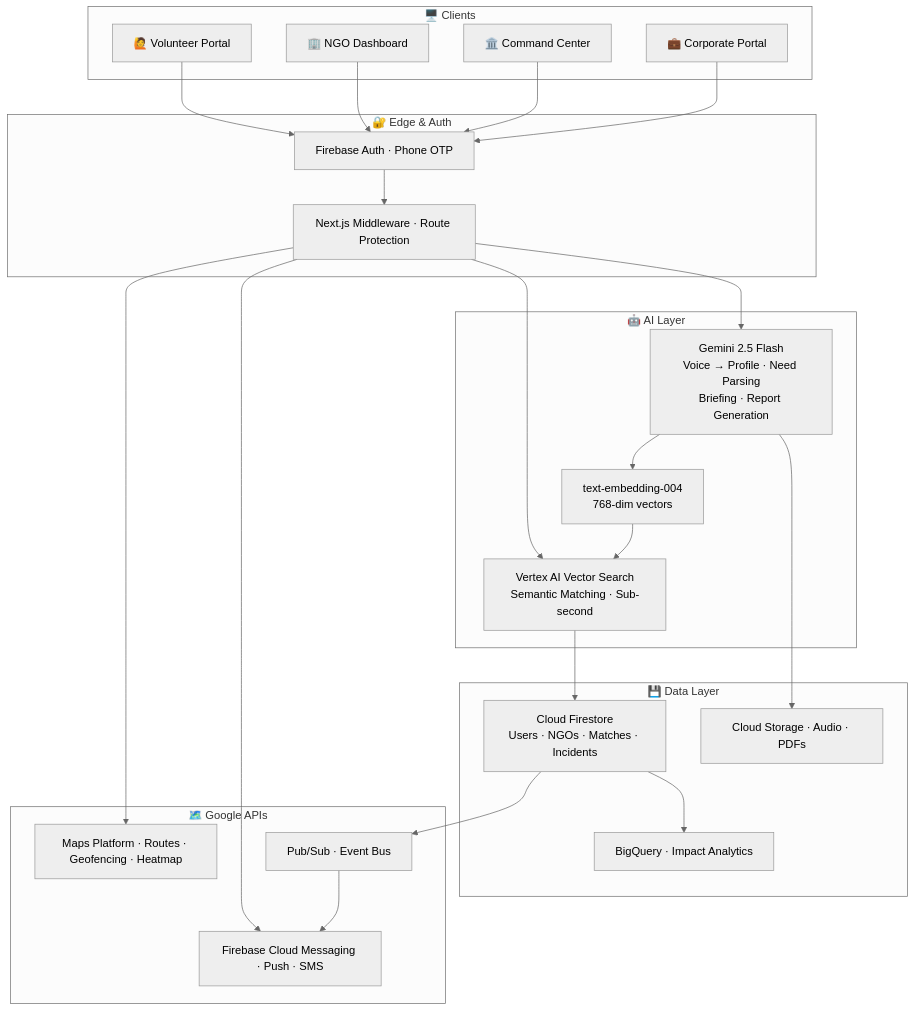
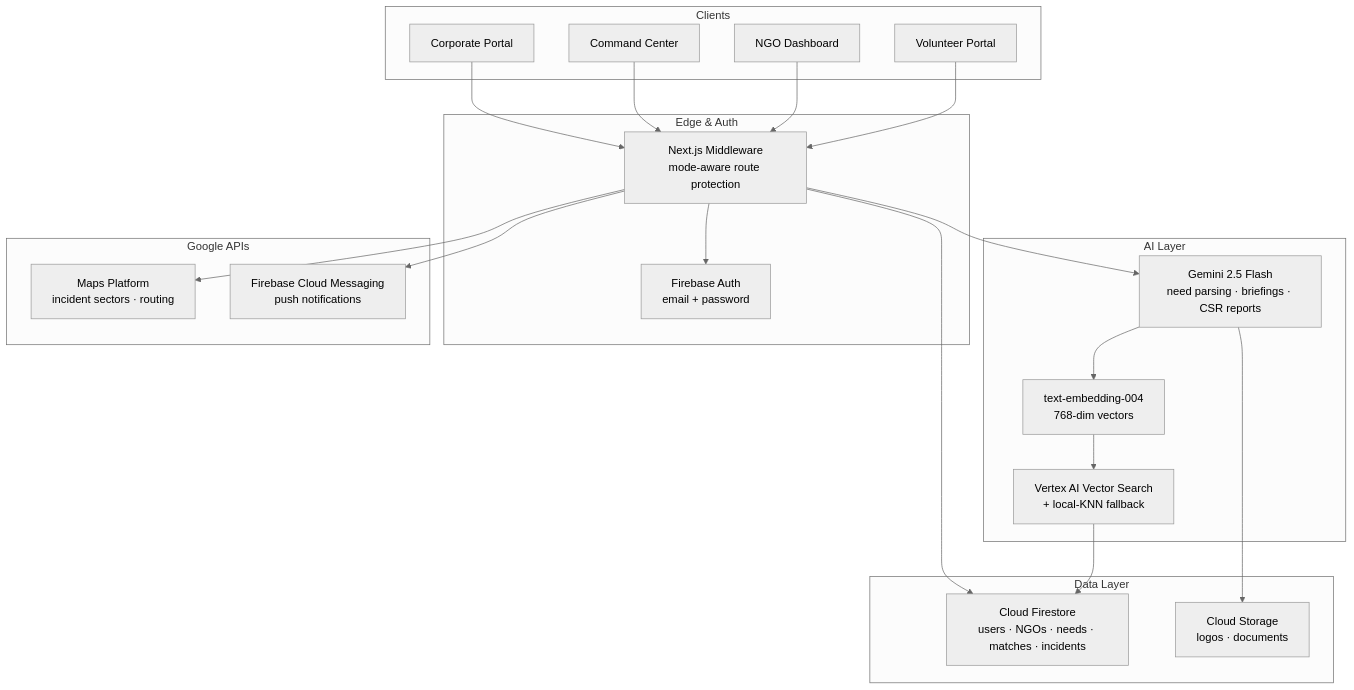
One commit to Devanshupardeshi/seva-setu changed the diagram in README.md. Above: the diagram before and after it, drawn with Mermaid (neutral theme). The commit also changed other lines of this file and 2 other files, not shown here.

````diff
--- a/README.md
+++ b/README.md
@@ -141,40 +165,39 @@
 ```mermaid
 graph TB
-    subgraph Clients["🖥️ Clients"]
-        A["🙋 Volunteer Portal"]
-        B["🏢 NGO Dashboard"]
-        C["🏛️ Command Center"]
-        D["💼 Corporate Portal"]
+    subgraph Clients["Clients"]
+        A["Volunteer Portal"]
+        B["NGO Dashboard"]
+        C["Command Center"]
+        D["Corporate Portal"]
     end
 
-    subgraph Edge["🔐 Edge & Auth"]
-        E[Firebase Auth · Phone OTP]
-        F[Next.js Middleware · Route Protection]
+    subgraph Edge["Edge & Auth"]
+        E["Firebase Auth<br/>email + password"]
+        F["Next.js Middleware<br/>mode-aware route protection"]
     end
 
-    subgraph AI["🤖 AI Layer"]
-        G["Gemini 2.5 Flash\nVoice → Profile · Need Parsing\nBriefing · Report Generation"]
-        H["Vertex AI Vector Search\nSemantic Matching · Sub-second"]
-        I["text-embedding-004\n768-dim vectors"]
+    subgraph AI["AI Layer"]
+        G["Gemini 2.5 Flash<br/>need parsing · briefings · CSR reports"]
+        H["Vertex AI Vector Search<br/>+ local-KNN fallback"]
+        I["text-embedding-004<br/>768-dim vectors"]
     end
 
-    subgraph Data["💾 Data Layer"]
-        J[Cloud Firestore\nUsers · NGOs · Matches · Incidents]
-        K[BigQuery · Impact Analytics]
-        L[Cloud Storage · Audio · PDFs]
+    subgraph Data["Data Layer"]
+        J["Cloud Firestore<br/>users · NGOs · needs · matches · incidents"]
+        L["Cloud Storage<br/>logos · documents"]
     end
 
-    subgraph Google["🗺️ Google APIs"]
-        M[Maps Platform · Routes · Geofencing · Heatmap]
-        N[Firebase Cloud Messaging · Push · SMS]
-        O[Pub/Sub · Event Bus]
+    subgraph Google["Google APIs"]
+        M["Maps Platform<br/>incident sectors · routing"]
+        N["Firebase Cloud Messaging<br/>push notifications"]
     end
 
-    A & B & C & D --> E --> F
-    F --> G & H
+    A & B & C & D --> F
+    F --> E
+    F --> G
     G --> I --> H --> J
-    J --> K
+    F --> J
     G --> L
-    F --> M & N
-    J --> O --> N
+    F --> M
+    F --> N
 ```
````
